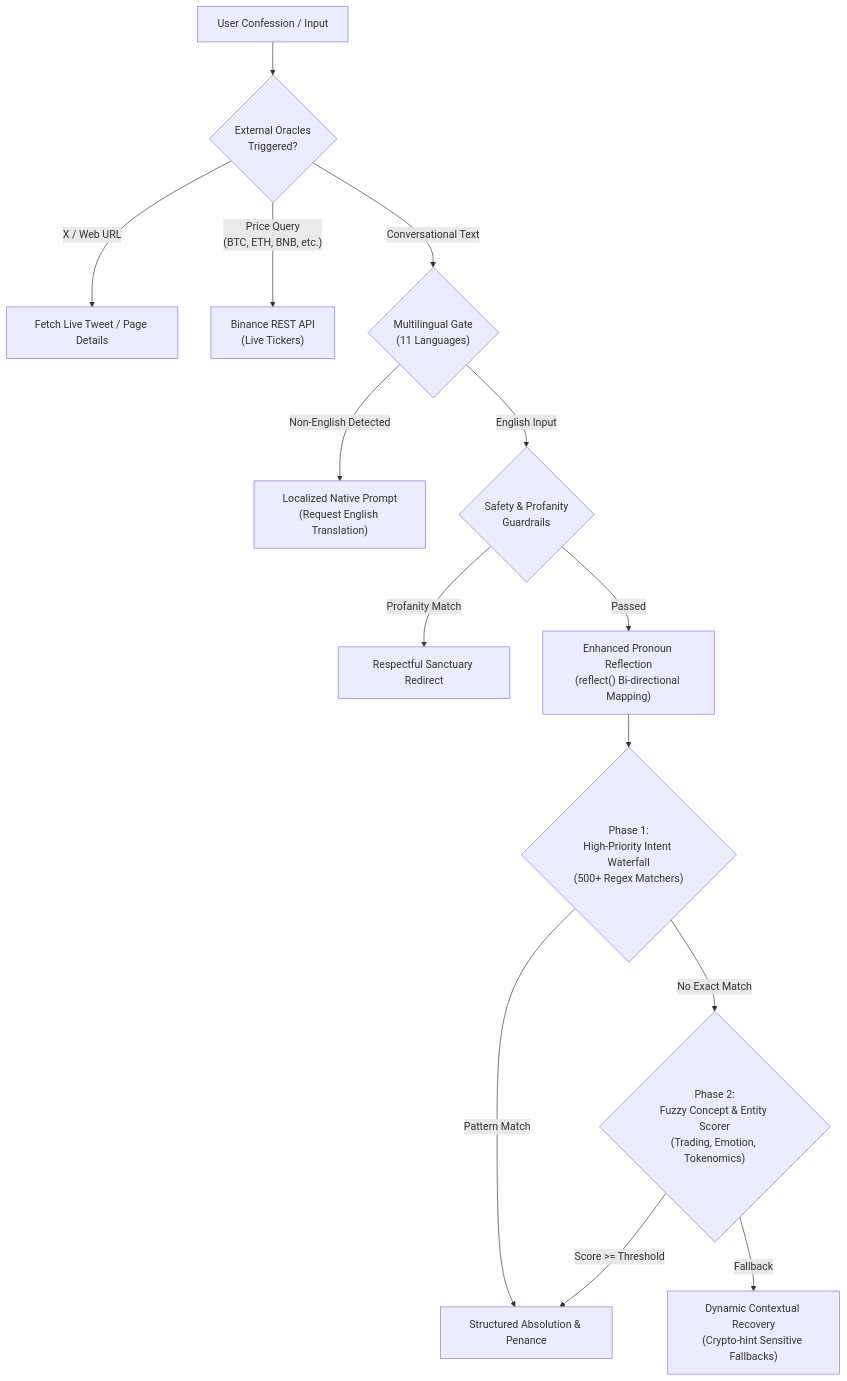
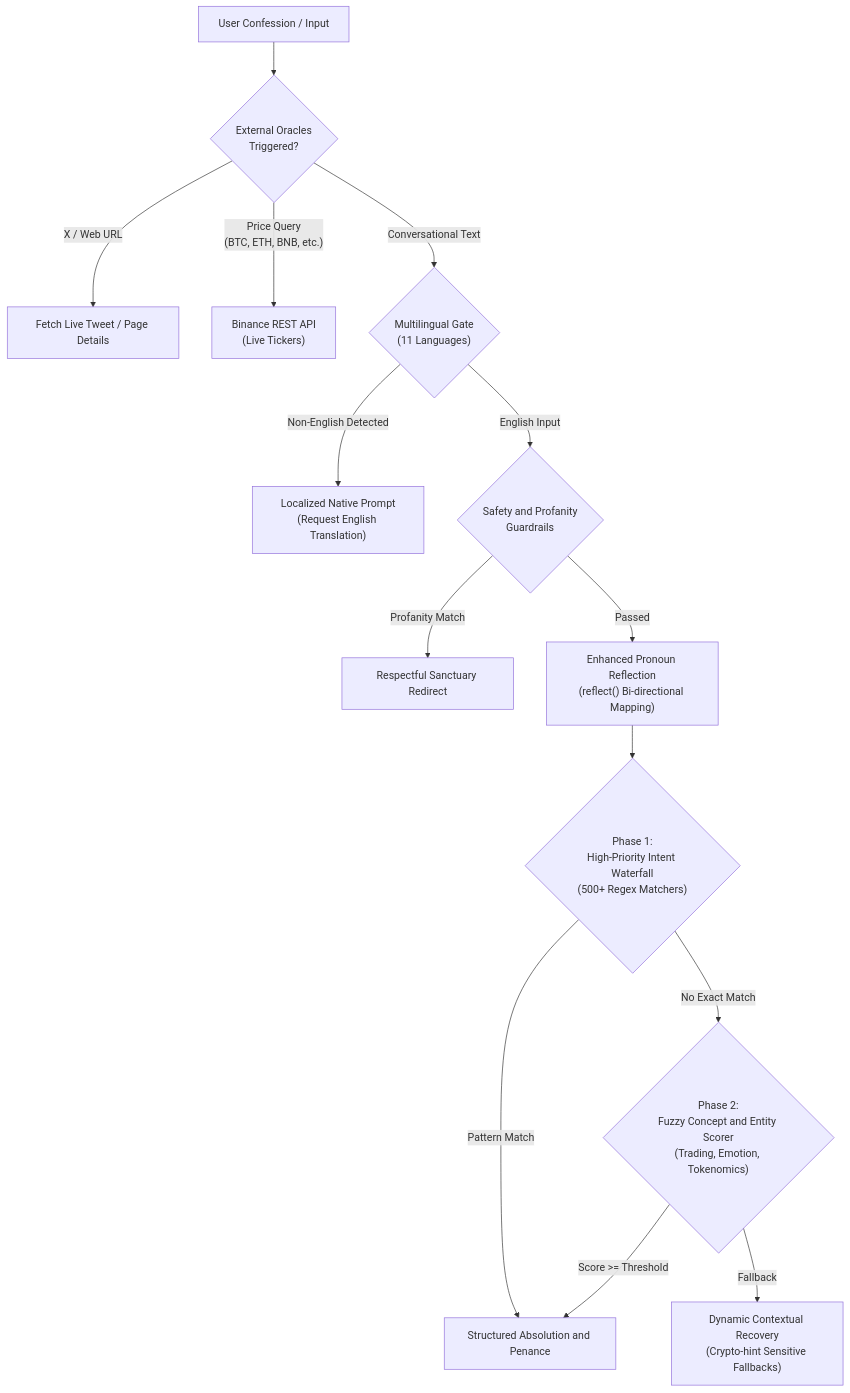
One commit to Lukecele/virtue changed the diagram in README.md. Above: the diagram before and after it, drawn with Mermaid.

Commit message:
docs: fix Mermaid syntax standard compliance for GitHub rich display

````diff
--- a/README.md
+++ b/README.md
@@ -35,20 +35,20 @@
 ```mermaid
 flowchart TD
-    A["User Confession / Input"] --> B{"External Oracles\nTriggered?"}
-    B -- "X / Web URL" --> C["Fetch Live Tweet / Page Details"]
-    B -- "Price Query\n(BTC, ETH, BNB, etc.)" --> D["Binance REST API\n(Live Tickers)"]
-    B -- "Conversational Text" --> E{"Multilingual Gate\n(11 Languages)"}
+    A["User Confession / Input"] --> B{"External Oracles<br>Triggered?"}
+    B -->|"X / Web URL"| C["Fetch Live Tweet / Page Details"]
+    B -->|"Price Query<br>(BTC, ETH, BNB, etc.)"| D["Binance REST API<br>(Live Tickers)"]
+    B -->|"Conversational Text"| E{"Multilingual Gate<br>(11 Languages)"}
     
-    E -- "Non-English Detected" --> F["Localized Native Prompt\n(Request English Translation)"]
-    E -- "English Input" --> G{"Safety & Profanity\nGuardrails"}
+    E -->|"Non-English Detected"| F["Localized Native Prompt<br>(Request English Translation)"]
+    E -->|"English Input"| G{"Safety and Profanity<br>Guardrails"}
     
-    G -- "Profanity Match" --> H["Respectful Sanctuary Redirect"]
-    G -- "Passed" --> I["Enhanced Pronoun Reflection\n(reflect() Bi-directional Mapping)"]
+    G -->|"Profanity Match"| H["Respectful Sanctuary Redirect"]
+    G -->|"Passed"| I["Enhanced Pronoun Reflection<br>(reflect() Bi-directional Mapping)"]
     
-    I --> J{"Phase 1:\nHigh-Priority Intent Waterfall\n(500+ Regex Matchers)"}
-    J -- "Pattern Match" --> K["Structured Absolution & Penance"]
-    J -- "No Exact Match" --> L{"Phase 2:\nFuzzy Concept & Entity Scorer\n(Trading, Emotion, Tokenomics)"}
+    I --> J{"Phase 1:<br>High-Priority Intent Waterfall<br>(500+ Regex Matchers)"}
+    J -->|"Pattern Match"| K["Structured Absolution and Penance"]
+    J -->|"No Exact Match"| L{"Phase 2:<br>Fuzzy Concept and Entity Scorer<br>(Trading, Emotion, Tokenomics)"}
     
-    L -- "Score >= Threshold" --> K
-    L -- "Fallback" --> M["Dynamic Contextual Recovery\n(Crypto-hint Sensitive Fallbacks)"]
+    L -->|"Score >= Threshold"| K
+    L -->|"Fallback"| M["Dynamic Contextual Recovery<br>(Crypto-hint Sensitive Fallbacks)"]
 ```
````
